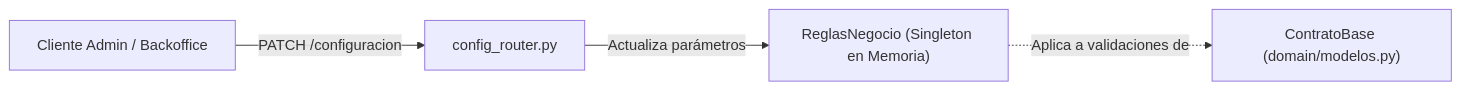
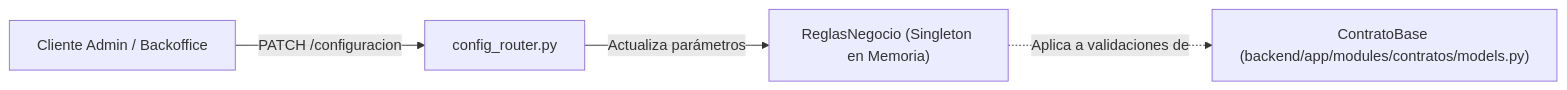
Before and after one commit to hamburgetestudent/Camiones_contratos: the first of 2 diagrams in REGLAS_DE_NEGOCIO.md, drawn with Mermaid. The commit also changed other lines of this file and 215 other files, not shown here.

First line of the commit message:
Reorganiza el backend por módulos de dominio bajo backend/app

````diff
--- a/REGLAS_DE_NEGOCIO.md
+++ b/REGLAS_DE_NEGOCIO.md
@@ -88,6 +88,6 @@
 ```mermaid
 flowchart LR
     A["Cliente Admin / Backoffice"] -->|PATCH /configuracion| B["config_router.py"]
     B -->|Actualiza parámetros| C["ReglasNegocio (Singleton en Memoria)"]
-    C -.->|Aplica a validaciones de| D["ContratoBase (domain/modelos.py)"]
+    C -.->|Aplica a validaciones de| D["ContratoBase (backend/app/modules/contratos/models.py)"]
 ```
````
